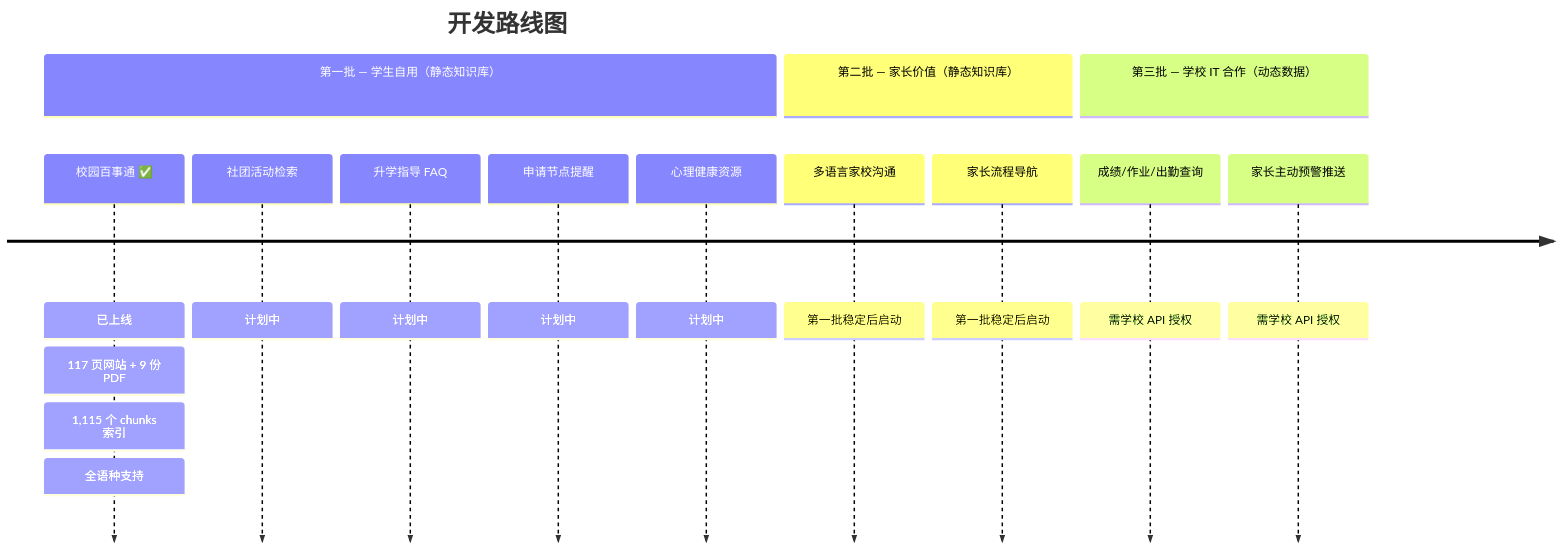
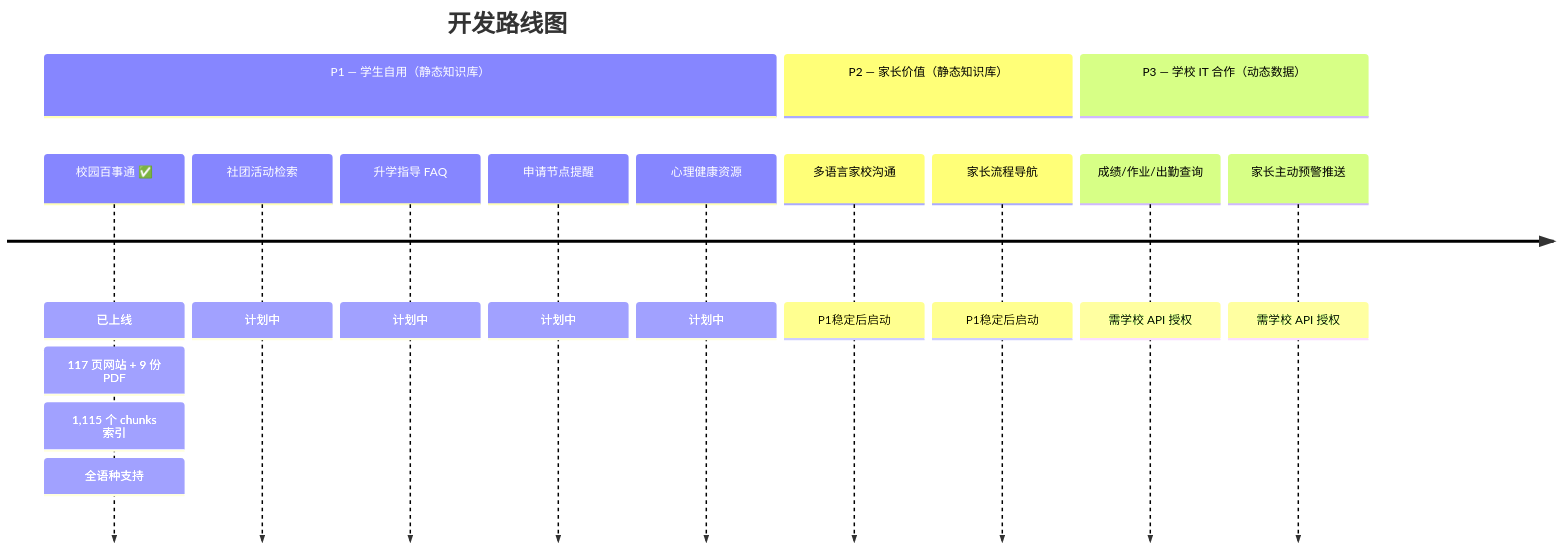
One commit to szkangjian/webb-ai changed the second of 2 diagrams in docs/roadmap-zh.md. Above: the diagram before and after it, drawn with Mermaid. The commit also changed other lines of this file and 1 other file, not shown here.

Commit message:
Rename Batch → Phase/P in roadmap documents

````diff
--- a/docs/roadmap-zh.md
+++ b/docs/roadmap-zh.md
@@ -33,19 +33,19 @@
 ```mermaid
 timeline
     title 开发路线图
-    section 第一批 — 学生自用（静态知识库）
+    section P1 — 学生自用（静态知识库）
         校园百事通 ✅  : 已上线
                       : 117 页网站 + 9 份 PDF
                       : 1,115 个 chunks 索引
                       : 全语种支持
         社团活动检索    : 计划中
         升学指导 FAQ   : 计划中
         申请节点提醒    : 计划中
         心理健康资源    : 计划中
-    section 第二批 — 家长价值（静态知识库）
-        多语言家校沟通  : 第一批稳定后启动
-        家长流程导航    : 第一批稳定后启动
-    section 第三批 — 学校 IT 合作（动态数据）
+    section P2 — 家长价值（静态知识库）
+        多语言家校沟通  : P1稳定后启动
+        家长流程导航    : P1稳定后启动
+    section P3 — 学校 IT 合作（动态数据）
         成绩/作业/出勤查询 : 需学校 API 授权
         家长主动预警推送   : 需学校 API 授权
 ```
````
